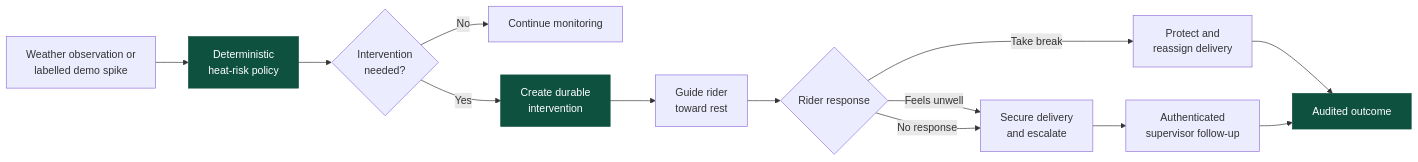
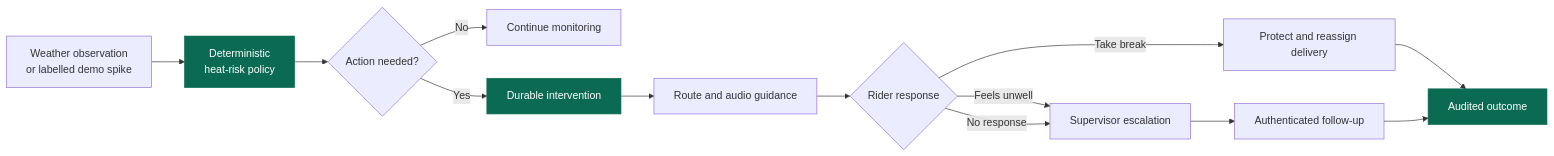
The first of 2 diagrams in README.md (abhinav0singh/TapSaathi), drawn with Mermaid before and after one commit. The commit also changed other lines of this file, not shown here.

Commit message:
docs: create final Sahara hackathon README

````diff
--- a/README.md
+++ b/README.md
@@ -44,17 +93,17 @@
 ```mermaid
 flowchart LR
-    A[Weather observation or<br/>labelled demo spike] --> B[Deterministic<br/>heat-risk policy]
-    B --> C{Intervention<br/>needed?}
+    A[Weather observation<br/>or labelled demo spike] --> B[Deterministic<br/>heat-risk policy]
+    B --> C{Action needed?}
     C -->|No| D[Continue monitoring]
-    C -->|Yes| E[Create durable<br/>intervention]
-    E --> F[Guide rider<br/>toward rest]
+    C -->|Yes| E[Durable intervention]
+    E --> F[Route and audio guidance]
     F --> G{Rider response}
-    G -->|Take break| H[Protect and<br/>reassign delivery]
-    G -->|Feels unwell| I[Secure delivery<br/>and escalate]
+    G -->|Take break| H[Protect and reassign delivery]
+    G -->|Feels unwell| I[Supervisor escalation]
     G -->|No response| I
-    I --> J[Authenticated<br/>supervisor follow-up]
-    H --> K[Audited outcome]
-    J --> K
-    classDef emphasis fill:#0f513f,color:#fff,stroke:#0f513f
-    class B,E,K emphasis
+    H --> J[Audited outcome]
+    I --> K[Authenticated follow-up]
+    K --> J
+    classDef key fill:#0b6b52,color:#ffffff,stroke:#0b6b52
+    class B,E,J key
 ```
````
